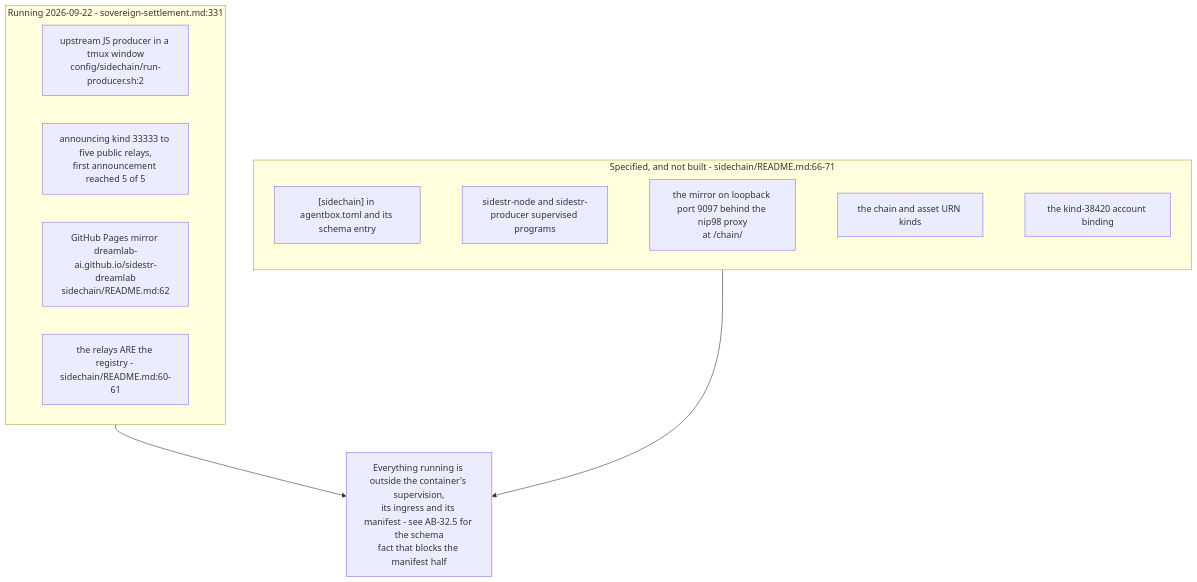
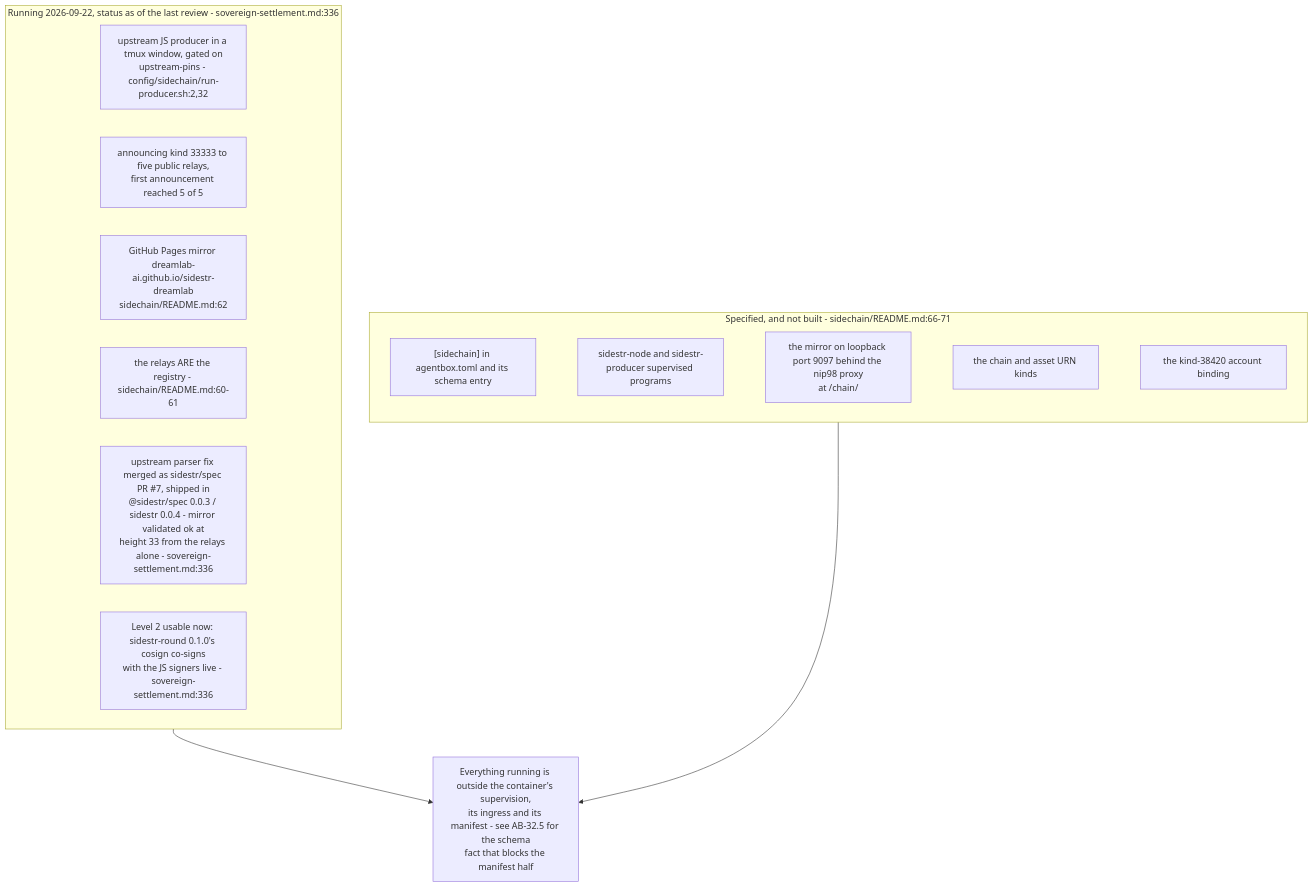
The fifth of 5 diagrams in docs/diagrams/agentbox/34-sidestr-interim-producer-and-mirror.md (DreamLab-AI/VisionFlow), drawn with Mermaid before and after one commit. The commit also changed other lines of this file and 136 other files, not shown here.

First line of the commit message:
docs(diagrams): refresh the whole corpus to code HEAD and prune low-value diagrams

````diff
--- a/docs/diagrams/agentbox/34-sidestr-interim-producer-and-mirror.md
+++ b/docs/diagrams/agentbox/34-sidestr-interim-producer-and-mirror.md
@@ -151,19 +158,21 @@
 ```mermaid
 flowchart TB
-    subgraph now["Running 2026-09-22 - sovereign-settlement.md:331"]
-        N1["upstream JS producer in a tmux window<br/>config/sidechain/run-producer.sh:2"]
+    subgraph now["Running 2026-09-22, status as of the last review - sovereign-settlement.md:336"]
+        N1["upstream JS producer in a tmux window, gated on<br/>upstream-pins - config/sidechain/run-producer.sh:2,32"]
         N2["announcing kind 33333 to five public relays,<br/>first announcement reached 5 of 5"]
         N3["GitHub Pages mirror dreamlab-ai.github.io/sidestr-dreamlab<br/>sidechain/README.md:62"]
         N4["the relays ARE the registry - sidechain/README.md:60-61"]
+        N5["upstream parser fix merged as sidestr/spec PR #7, shipped in<br/>@sidestr/spec 0.0.3 / sidestr 0.0.4 - mirror validated ok at<br/>height 33 from the relays alone - sovereign-settlement.md:336"]
+        N6["Level 2 usable now: sidestr-round 0.1.0's cosign co-signs<br/>with the JS signers live - sovereign-settlement.md:336"]
     end
     subgraph spec["Specified, and not built - sidechain/README.md:66-71"]
         S1["[sidechain] in agentbox.toml and its schema entry"]
         S2["sidestr-node and sidestr-producer supervised programs"]
         S3["the mirror on loopback port 9097 behind the nip98 proxy<br/>at /chain/"]
         S4["the chain and asset URN kinds"]
         S5["the kind-38420 account binding"]
         S1 ~~~ S2 ~~~ S3 ~~~ S4 ~~~ S5
     end
     now --> GAP["Everything running is outside the container's supervision,<br/>its ingress and its manifest - see AB-32.5 for the schema<br/>fact that blocks the manifest half"]
     spec --> GAP
 ```
````
